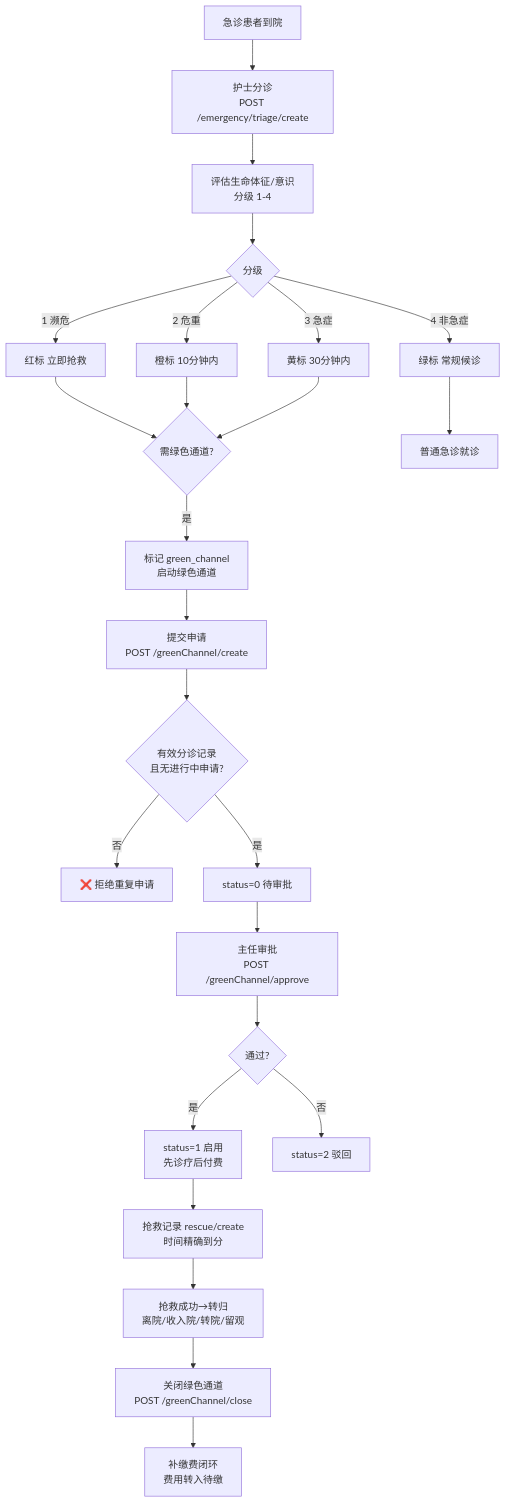
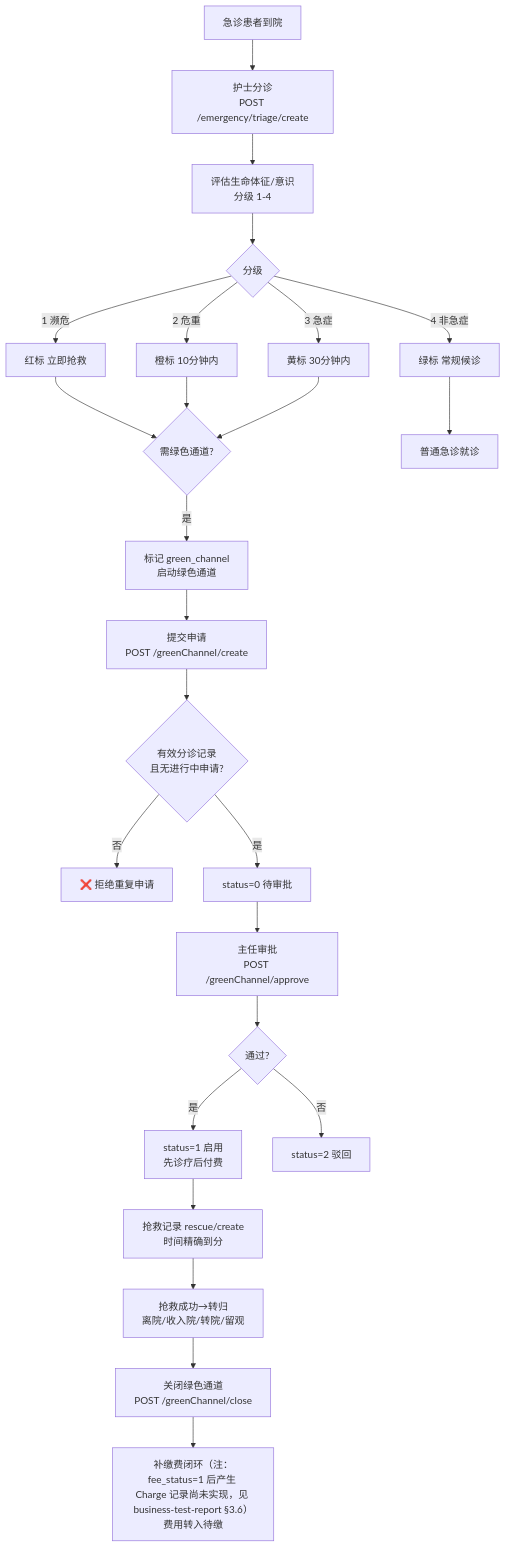
The first of 7 diagrams in doc/flowcharts/05-急诊公卫.md (Palpitate-xus/hoimsystem), drawn with Mermaid before and after one commit. The commit also changed 14 other files, not shown here.

````diff
--- a/doc/flowcharts/05-急诊公卫.md
+++ b/doc/flowcharts/05-急诊公卫.md
@@ -7,27 +7,27 @@
 ```mermaid
 flowchart TD
     A[急诊患者到院] --> B[护士分诊<br/>POST /emergency/triage/create]
     B --> C[评估生命体征/意识<br/>分级 1-4]
     C --> D{分级}
     D -- 1 濒危 --> E[红标 立即抢救]
     D -- 2 危重 --> F[橙标 10分钟内]
     D -- 3 急症 --> G[黄标 30分钟内]
     D -- 4 非急症 --> H[绿标 常规候诊]
     E --> I{需绿色通道?}
     F --> I
     G --> I
     H --> J[普通急诊就诊]
     I -- 是 --> K[标记 green_channel<br/>启动绿色通道]
     K --> L[提交申请<br/>POST /greenChannel/create]
     L --> M{有效分诊记录<br/>且无进行中申请?}
     M -- 否 --> N[❌ 拒绝重复申请]
     M -- 是 --> O[status=0 待审批]
     O --> P[主任审批<br/>POST /greenChannel/approve]
     P --> Q{通过?}
     Q -- 是 --> R[status=1 启用<br/>先诊疗后付费]
     Q -- 否 --> S[status=2 驳回]
     R --> T[抢救记录 rescue/create<br/>时间精确到分]
     T --> U[抢救成功→转归<br/>离院/收入院/转院/留观]
     U --> V[关闭绿色通道<br/>POST /greenChannel/close]
-    V --> W[补缴费闭环<br/>费用转入待缴]
+    V --> W[补缴费闭环（注：fee_status=1 后产生 Charge 记录尚未实现，见 business-test-report §3.6）<br/>费用转入待缴]
 ```
````
